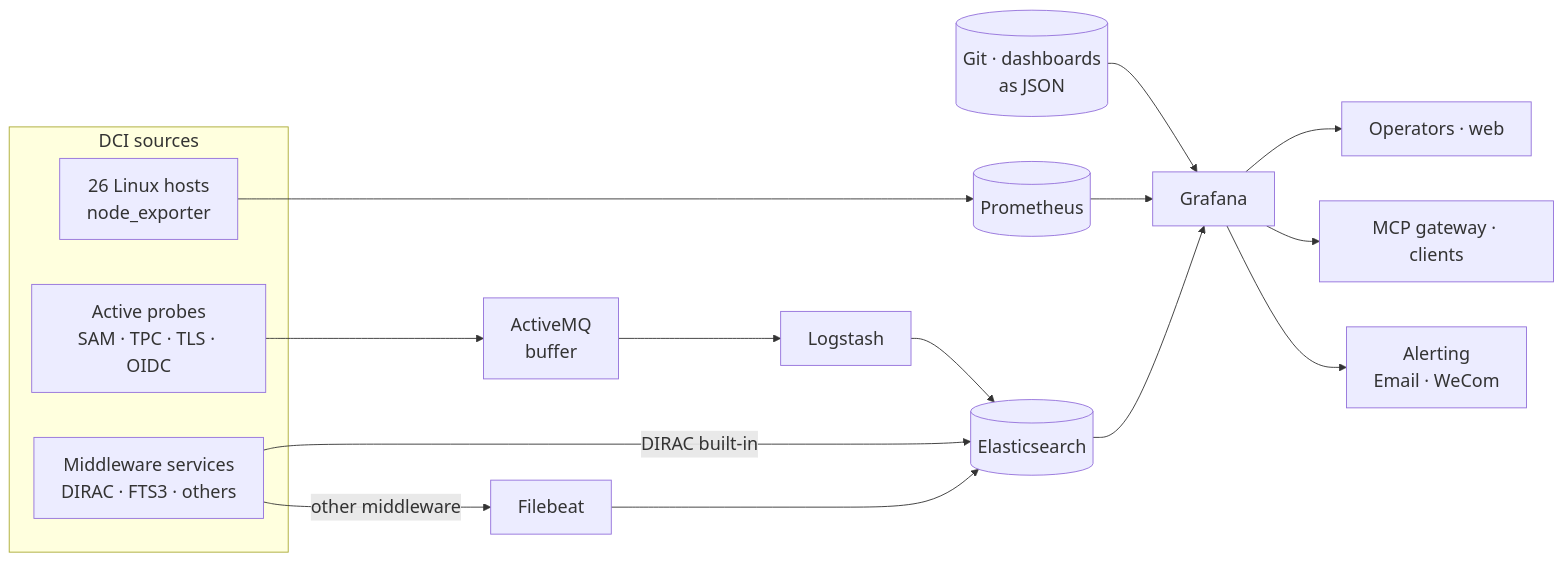
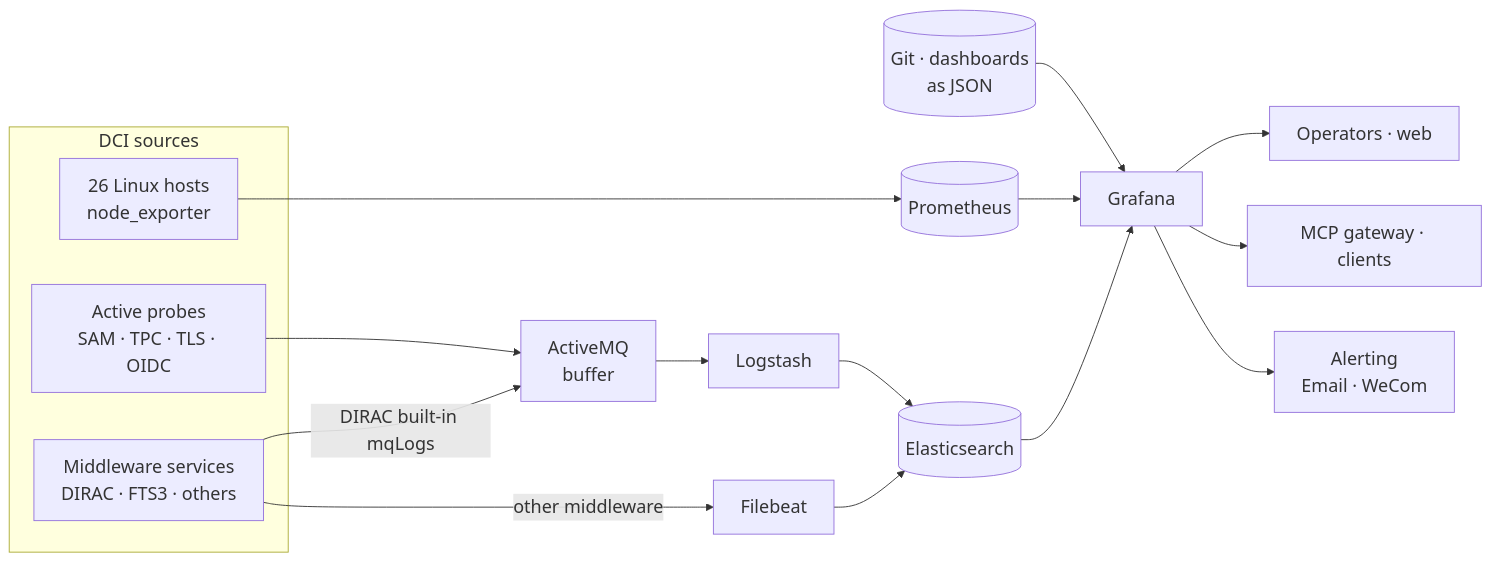
The first of 5 diagrams in slides.md (hanx-hep/2026-cepc-dci), drawn with Mermaid before and after one commit. The commit also changed other lines of this file and 2 other files, not shown here.

Commit message:
fix: align DIRAC log path and consolidate monitoring report

````diff
--- a/slides.md
+++ b/slides.md
@@ -83,21 +83,21 @@
 ```mermaid {scale: 0.52}
 %%{init: {"themeVariables": {"fontSize": "20px"}}}%%
 flowchart LR
     subgraph S[DCI sources]
         H[26 Linux hosts<br/>node_exporter]
         P[Active probes<br/>SAM · TPC · TLS · OIDC]
         L[Middleware services<br/>DIRAC · FTS3 · others]
     end
 
     H --> PR[(Prometheus)]
     P --> MQ[ActiveMQ<br/>buffer] --> LS[Logstash] --> ES[(Elasticsearch)]
-    L -->|DIRAC built-in| ES
+    L -->|DIRAC built-in mqLogs| MQ
     L -->|other middleware| FB[Filebeat] --> ES
 
     GIT[(Git · dashboards<br/>as JSON)] --> G[Grafana]
     PR --> G
     ES --> G
     G --> O[Operators · web]
     G --> A[MCP gateway · clients]
     G --> N[Alerting<br/>Email · WeCom]
 ```
````
